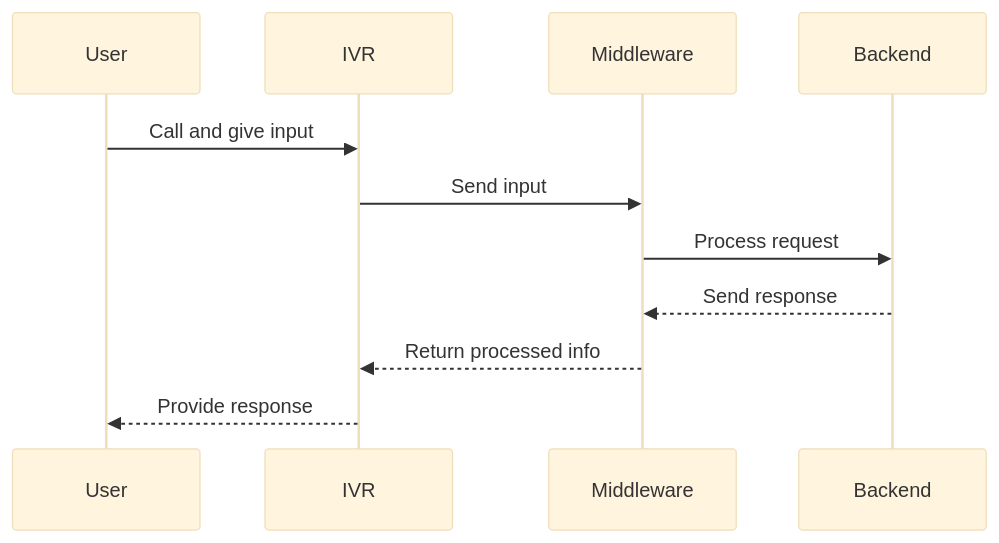
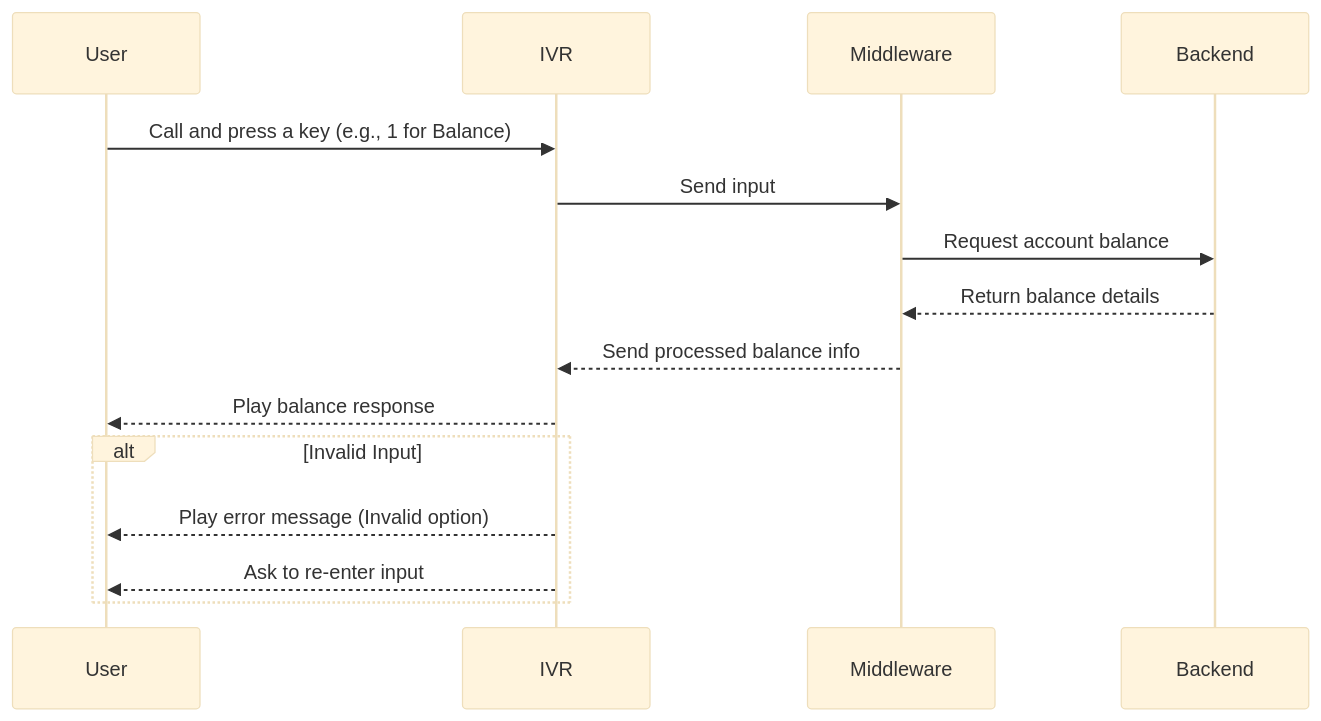
Before and after one commit to springboardmentor545-lgtm/TeamB-IVR-Modernization: the diagram in README.md, drawn with Mermaid (base theme).

````diff
--- a/README.md
+++ b/README.md
@@ -14,14 +14,20 @@
 ```mermaid
 sequenceDiagram
     participant User
     participant IVR
     participant Middleware
     participant Backend
 
-    User->>IVR: Call and give input
+    User->>IVR: Call and press a key (e.g., 1 for Balance)
     IVR->>Middleware: Send input
-    Middleware->>Backend: Process request
-    Backend-->>Middleware: Send response
-    Middleware-->>IVR: Return processed info
-    IVR-->>User: Provide response
+    Middleware->>Backend: Request account balance
+    Backend-->>Middleware: Return balance details
+    Middleware-->>IVR: Send processed balance info
+    IVR-->>User: Play balance response
+
+    alt Invalid Input
+        IVR-->>User: Play error message (Invalid option)
+        IVR-->>User: Ask to re-enter input
+    end
+
 ```
````
